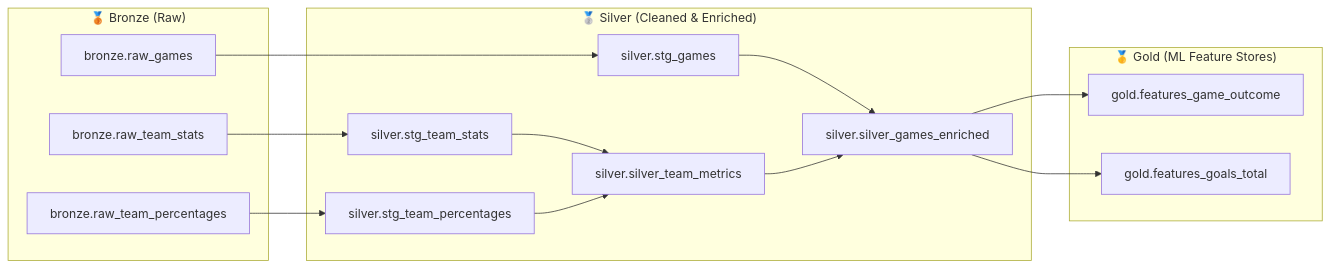
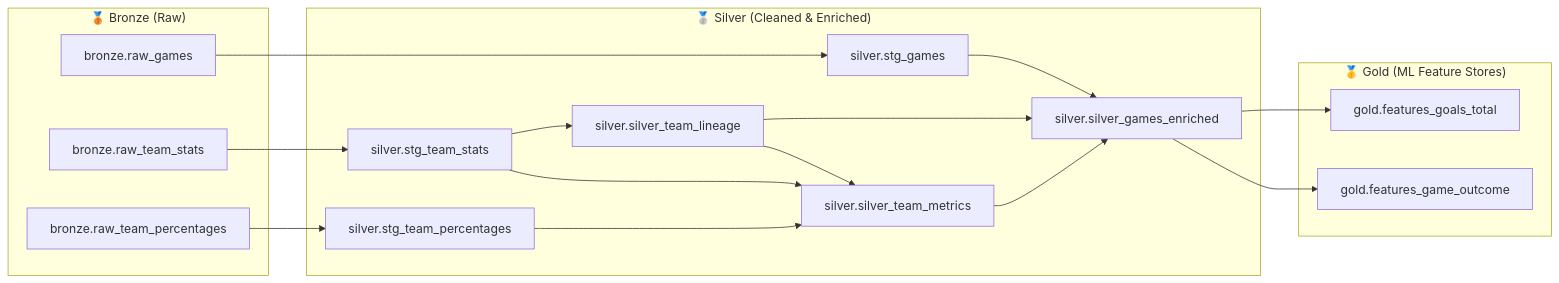
The diagram in dbt_project/README.md (sahti-stack/Bytebuddies-nhl-predictor), drawn with Mermaid before and after one commit. The commit also changed other lines of this file and 12 other files, not shown here.

Commit message:
fix(dbt): preserve franchise lineage across team relocations

````diff
--- a/dbt_project/README.md
+++ b/dbt_project/README.md
@@ -9,34 +9,38 @@
 ```mermaid
 graph LR
     subgraph Bronze ["🥉 Bronze (Raw)"]
         B1["bronze.raw_games"]
         B2["bronze.raw_team_stats"]
         B3["bronze.raw_team_percentages"]
     end
 
     subgraph Silver ["🥈 Silver (Cleaned & Enriched)"]
         S1["silver.stg_games"]
         S2["silver.stg_team_stats"]
         S3["silver.stg_team_percentages"]
         S4["silver.silver_team_metrics"]
         S5["silver.silver_games_enriched"]
+        S6["silver.silver_team_lineage"]
     end
 
     subgraph Gold ["🥇 Gold (ML Feature Stores)"]
         G1["gold.features_game_outcome"]
         G2["gold.features_goals_total"]
     end
 
     B1 --> S1
     B2 --> S2
     B3 --> S3
 
     S2 --> S4
     S3 --> S4
+    S2 --> S6
+    S6 --> S4
 
     S1 --> S5
     S4 --> S5
+    S6 --> S5
 
     S5 --> G1
     S5 --> G2
 ```
````
